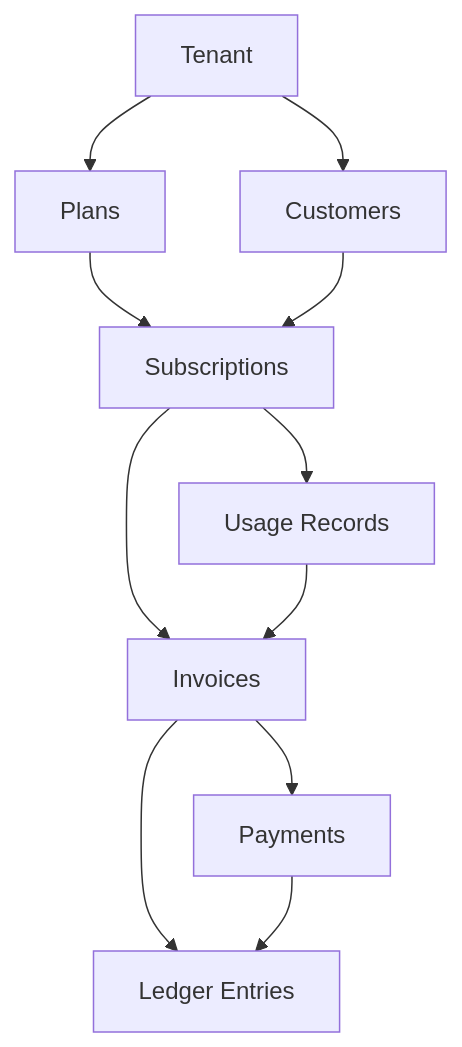
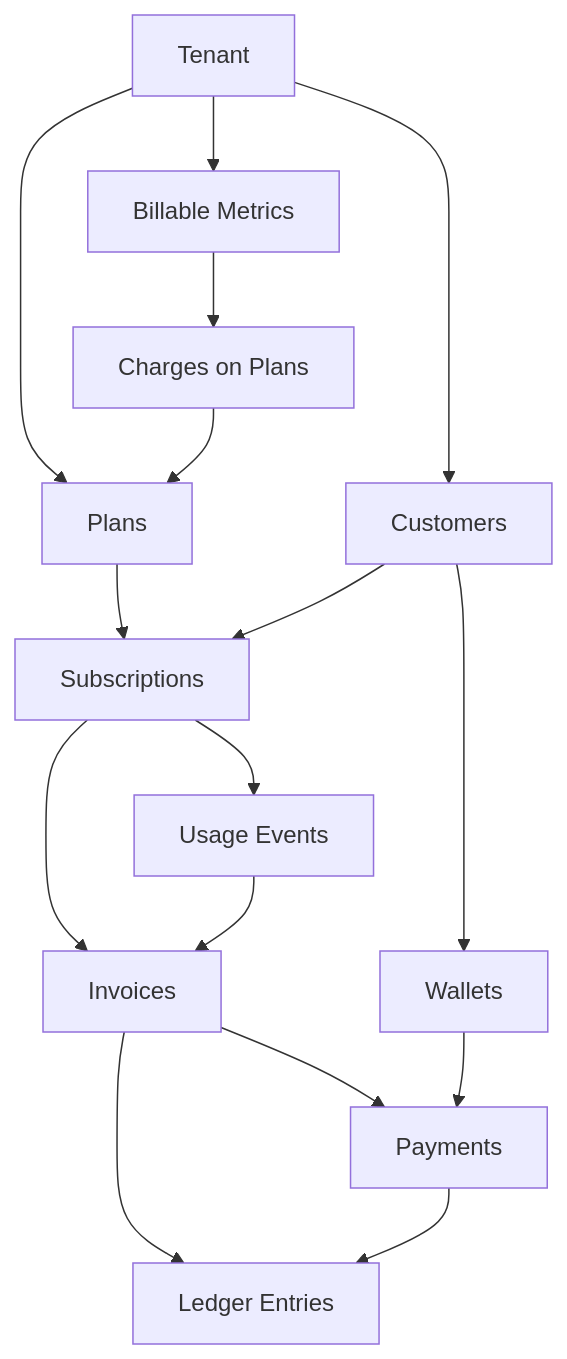
One commit to swapnull-in/docs changed the first of 3 diagrams in concepts.mdx. Above: the diagram before and after it, drawn with Mermaid. The commit also changed other lines of this file, not shown here.

````diff
--- a/concepts.mdx
+++ b/concepts.mdx
@@ -13,13 +14,18 @@
 ```mermaid
 graph TD
     A[Tenant] --> B[Plans]
     A --> C[Customers]
+    A --> M[Billable Metrics]
     B --> D[Subscriptions]
     C --> D
+    M --> K[Charges on Plans]
+    K --> B
     D --> E[Invoices]
     E --> F[Payments]
-    D --> G[Usage Records]
+    D --> G[Usage Events]
     G --> E
+    C --> W[Wallets]
+    W --> F
     E --> H[Ledger Entries]
     F --> H
 ```
````
